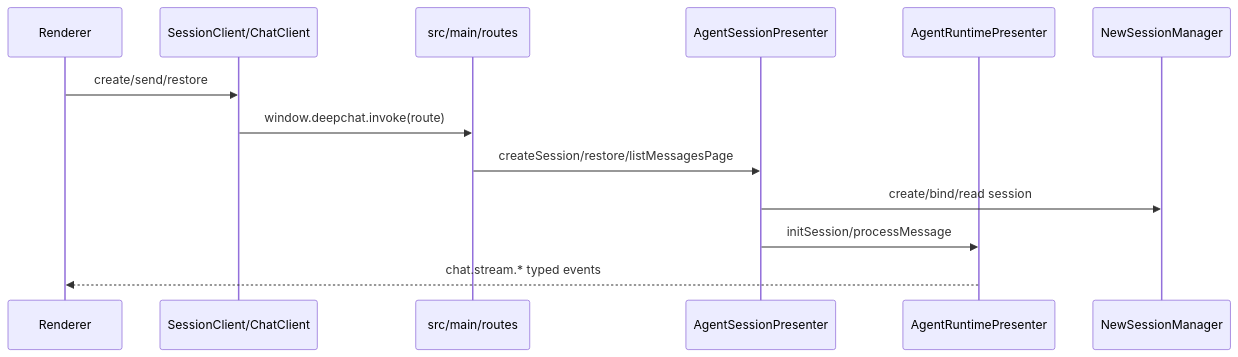
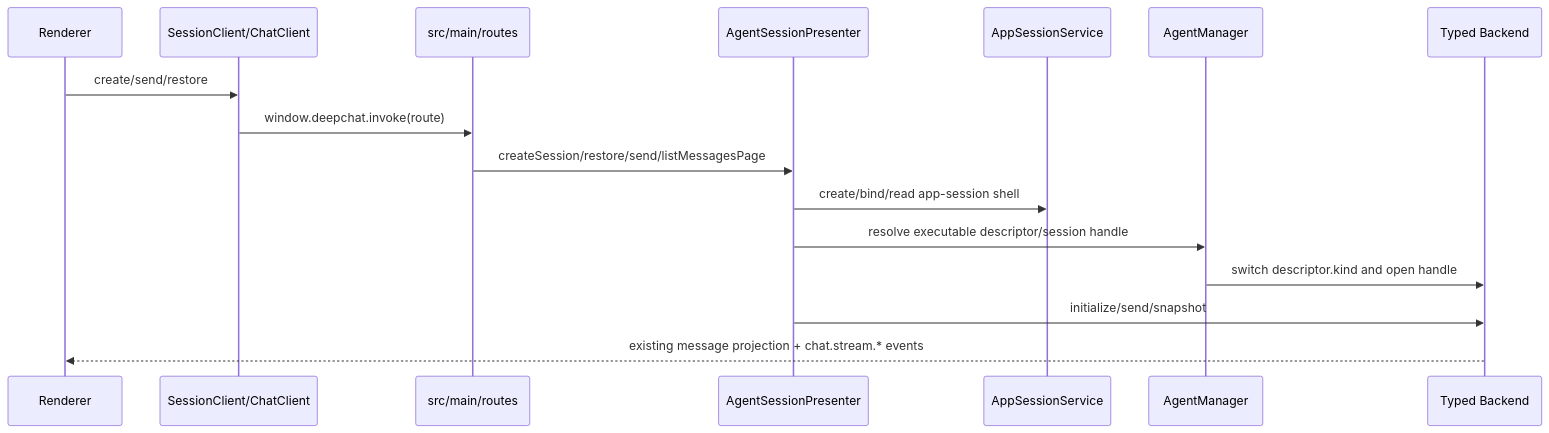
One commit to zerob13/deepchat changed the first of 9 diagrams in docs/FLOWS.md. Above: the diagram before and after it, drawn with Mermaid. The commit also changed other lines of this file and 468 other files, not shown here.

First line of the commit message:
refactor(agent): complete layered runtime migration (#1952)

````diff
--- a/docs/FLOWS.md
+++ b/docs/FLOWS.md
@@ -8,16 +8,19 @@
 ```mermaid
 sequenceDiagram
     participant R as Renderer
     participant C as SessionClient/ChatClient
     participant Route as src/main/routes
-    participant N as AgentSessionPresenter
-    participant D as AgentRuntimePresenter
-    participant S as NewSessionManager
+    participant F as AgentSessionPresenter
+    participant S as AppSessionService
+    participant M as AgentManager
+    participant B as Typed Backend
 
     R->>C: create/send/restore
     C->>Route: window.deepchat.invoke(route)
-    Route->>N: createSession/restore/listMessagesPage
-    N->>S: create/bind/read session
-    N->>D: initSession/processMessage
-    D-->>R: chat.stream.* typed events
+    Route->>F: createSession/restore/send/listMessagesPage
+    F->>S: create/bind/read app-session shell
+    F->>M: resolve executable descriptor/session handle
+    M->>B: switch descriptor.kind and open handle
+    F->>B: initialize/send/snapshot
+    B-->>R: existing message projection + chat.stream.* events
 ```
````
